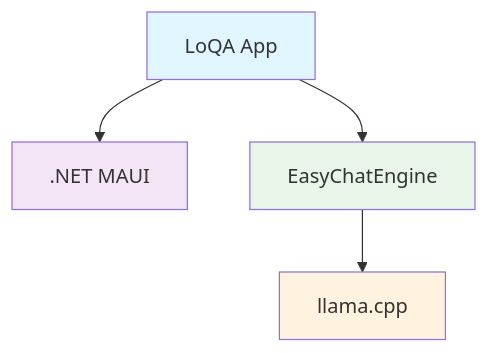
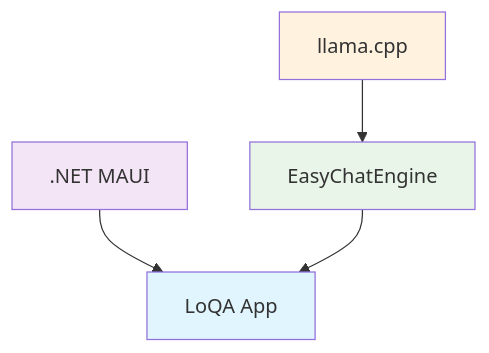
One commit to a-s-l-a-h/LoQA changed the diagram in README.md. Above: the diagram before and after it, drawn with Mermaid.

````diff
--- a/README.md
+++ b/README.md
@@ -82,11 +82,11 @@
 ```mermaid
 graph TD
-    A[LoQA App] --> B[.NET MAUI]
-    A --> C[EasyChatEngine]
-    C --> D[llama.cpp]
+    B[.NET MAUI] --> A[LoQA App]
+    C[EasyChatEngine] --> A[LoQA App]
+    D[llama.cpp] --> C[EasyChatEngine]
     
     style A fill:#e1f5fe
     style B fill:#f3e5f5
     style C fill:#e8f5e8
     style D fill:#fff3e0
 ```
````
